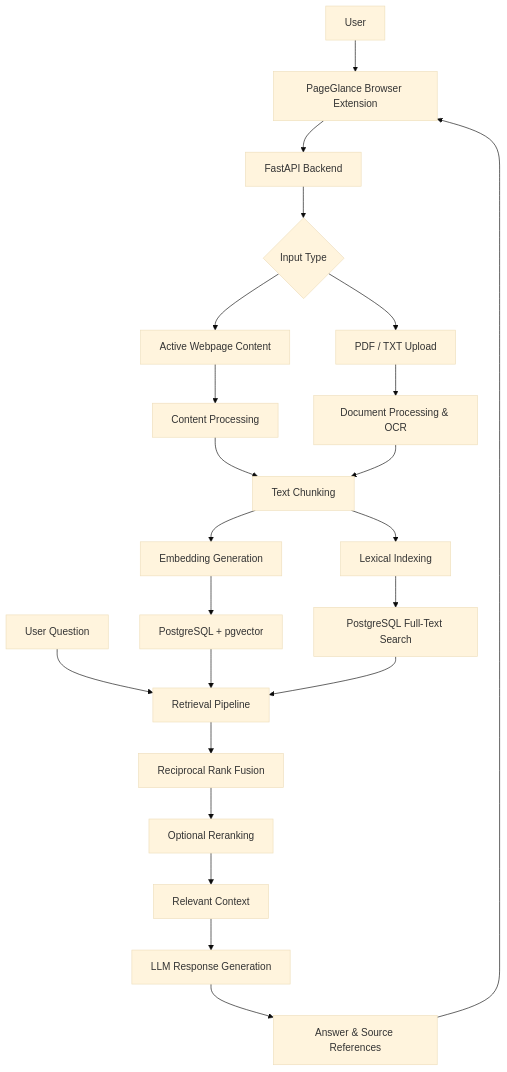
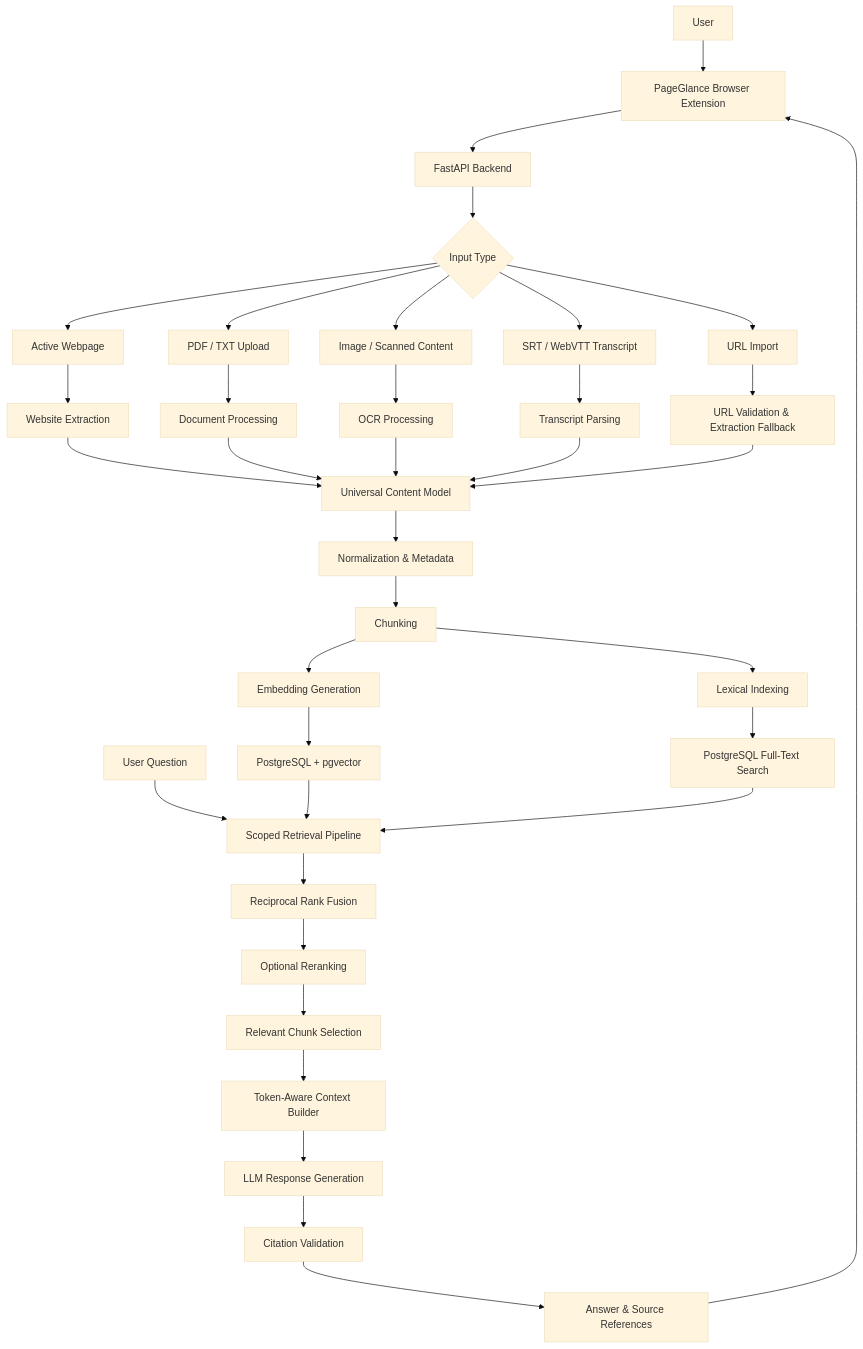
The first of 3 diagrams in README.md (anshh-py/PageGlance), drawn with Mermaid (base theme) before and after one commit. The commit also changed other lines of this file, not shown here.

````diff
--- a/README.md
+++ b/README.md
@@ -119,35 +175,50 @@
 ```mermaid
 flowchart TD
     A["User"] --> B["PageGlance Browser Extension"]
     B --> C["FastAPI Backend"]
 
     C --> D{"Input Type"}
 
-    D --> E["Active Webpage Content"]
+    D --> E["Active Webpage"]
     D --> F["PDF / TXT Upload"]
+    D --> G["Image / Scanned Content"]
+    D --> H["SRT / WebVTT Transcript"]
+    D --> I["URL Import"]
 
-    E --> G["Content Processing"]
-    F --> H["Document Processing & OCR"]
+    E --> J["Website Extraction"]
+    F --> K["Document Processing"]
+    G --> L["OCR Processing"]
+    H --> M["Transcript Parsing"]
+    I --> N["URL Validation & Extraction Fallback"]
 
-    G --> I["Text Chunking"]
-    H --> I
-
-    I --> J["Embedding Generation"]
-    I --> K["Lexical Indexing"]
-
-    J --> L["PostgreSQL + pgvector"]
-    K --> M["PostgreSQL Full-Text Search"]
-
-    N["User Question"] --> O["Retrieval Pipeline"]
-
+    J --> O["Universal Content Model"]
+    K --> O
     L --> O
     M --> O
+    N --> O
 
-    O --> P["Reciprocal Rank Fusion"]
-    P --> Q["Optional Reranking"]
-    Q --> R["Relevant Context"]
+    O --> P["Normalization & Metadata"]
+    P --> Q["Chunking"]
 
-    R --> S["LLM Response Generation"]
-    S --> T["Answer & Source References"]
-    T --> B
+    Q --> R["Embedding Generation"]
+    Q --> S["Lexical Indexing"]
+
+    R --> T["PostgreSQL + pgvector"]
+    S --> U["PostgreSQL Full-Text Search"]
+
+    V["User Question"] --> W["Scoped Retrieval Pipeline"]
+
+    T --> W
+    U --> W
+
+    W --> X["Reciprocal Rank Fusion"]
+    X --> Y["Optional Reranking"]
+    Y --> Z["Relevant Chunk Selection"]
+
+    Z --> AA["Token-Aware Context Builder"]
+    AA --> AB["LLM Response Generation"]
+    AB --> AC["Citation Validation"]
+    AC --> AD["Answer & Source References"]
+
+    AD --> B
 ```
````
